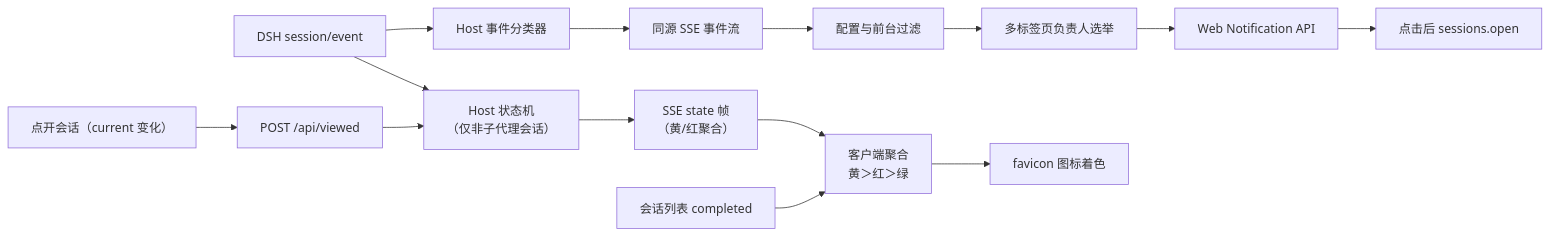
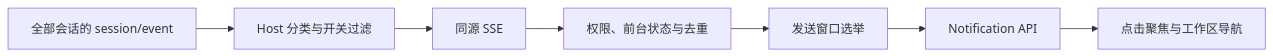
The diagram in README.md (Ycet/dsh-notifications), drawn with Mermaid before and after one commit. The commit also changed other lines of this file and 23 other files, not shown here.

````diff
--- a/README.md
+++ b/README.md
@@ -154,16 +85,9 @@
 ```mermaid
 flowchart LR
-    E["DSH session/event"] --> C["Host 事件分类器"]
-    C --> S["同源 SSE 事件流"]
-    S --> F["配置与前台过滤"]
-    F --> L["多标签页负责人选举"]
-    L --> N["Web Notification API"]
-    N --> O["点击后 sessions.open"]
-    E --> T["Host 状态机<br/>（仅非子代理会话）"]
-    T --> S2["SSE state 帧<br/>（黄/红聚合）"]
-    S2 --> V["客户端聚合<br/>黄＞红＞绿"]
-    B["会话列表 completed"] --> V
-    V --> I["favicon 图标着色"]
-    U["点开会话（current 变化）"] --> P["POST /api/viewed"]
-    P --> T
+    E["全部会话的 session/event"] --> C["Host 分类与开关过滤"]
+    C --> S["同源 SSE"]
+    S --> F["权限、前台状态与去重"]
+    F --> L["发送窗口选举"]
+    L --> N["Notification API"]
+    N --> O["点击聚焦与工作区导航"]
 ```
````
